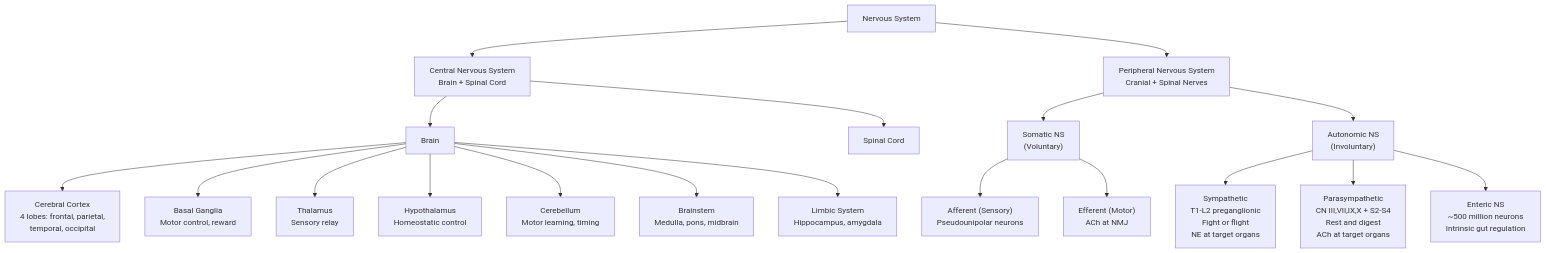
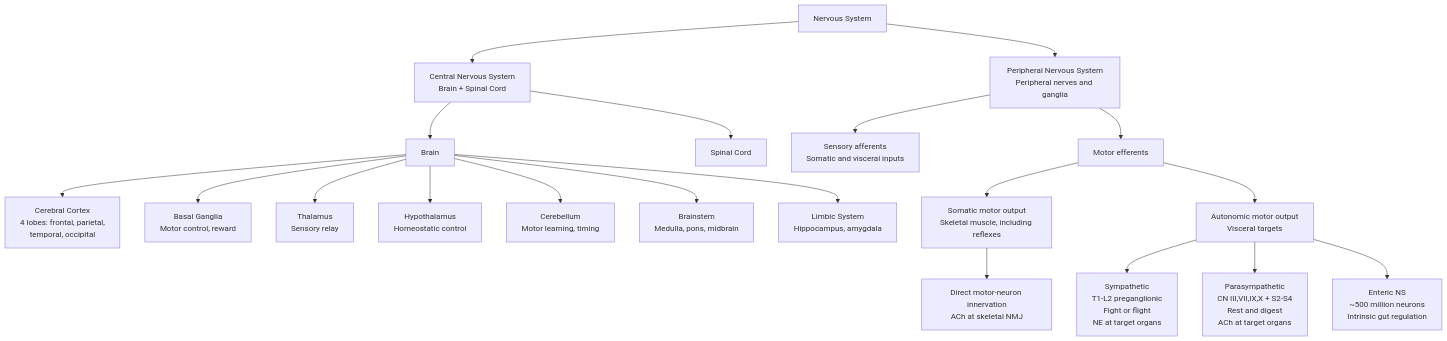
The first of 3 diagrams in docs/manuscript/unit_IX/nervous_system.md (docxology/biology_textbook), drawn with Mermaid before and after one commit. The commit also changed other lines of this file and 444 other files, not shown here.

````diff
--- a/docs/manuscript/unit_IX/nervous_system.md
+++ b/docs/manuscript/unit_IX/nervous_system.md
@@ -47,26 +47,26 @@
 ```mermaid
 graph TD
     NS[Nervous System] --> CNS[Central Nervous System<br/>Brain + Spinal Cord]
-    NS --> PNS[Peripheral Nervous System<br/>Cranial + Spinal Nerves]
+    NS --> PNS[Peripheral Nervous System<br/>Peripheral nerves and ganglia]
 
     CNS --> Brain[Brain]
     CNS --> SC[Spinal Cord]
 
     Brain --> Cerebrum["Cerebral Cortex<br/>4 lobes: frontal, parietal,<br/>temporal, occipital"]
     Brain --> BG["Basal Ganglia<br/>Motor control, reward"]
     Brain --> Thal["Thalamus<br/>Sensory relay"]
     Brain --> Hypo["Hypothalamus<br/>Homeostatic control"]
     Brain --> Cereb["Cerebellum<br/>Motor learning, timing"]
     Brain --> BS["Brainstem<br/>Medulla, pons, midbrain"]
     Brain --> Limbic["Limbic System<br/>Hippocampus, amygdala"]
 
-    PNS --> Somatic["Somatic NS<br/>(Voluntary)"]
-    PNS --> Auto["Autonomic NS<br/>(Involuntary)"]
-
-    Somatic --> Aff["Afferent (Sensory)<br/>Pseudounipolar neurons"]
-    Somatic --> Eff["Efferent (Motor)<br/>ACh at NMJ"]
+    PNS --> Aff["Sensory afferents<br/>Somatic and visceral inputs"]
+    PNS --> Eff["Motor efferents"]
+    Eff --> Somatic["Somatic motor output<br/>Skeletal muscle, including reflexes"]
+    Eff --> Auto["Autonomic motor output<br/>Visceral targets"]
+    Somatic --> NMJ["Direct motor-neuron innervation<br/>ACh at skeletal NMJ"]
 
     Auto --> Symp["Sympathetic<br/>T1-L2 preganglionic<br/>Fight or flight<br/>NE at target organs"]
     Auto --> Para["Parasympathetic<br/>CN III,VII,IX,X + S2-S4<br/>Rest and digest<br/>ACh at target organs"]
     Auto --> Ent["Enteric NS<br/>~500 million neurons<br/>Intrinsic gut regulation"]
 ```
````
